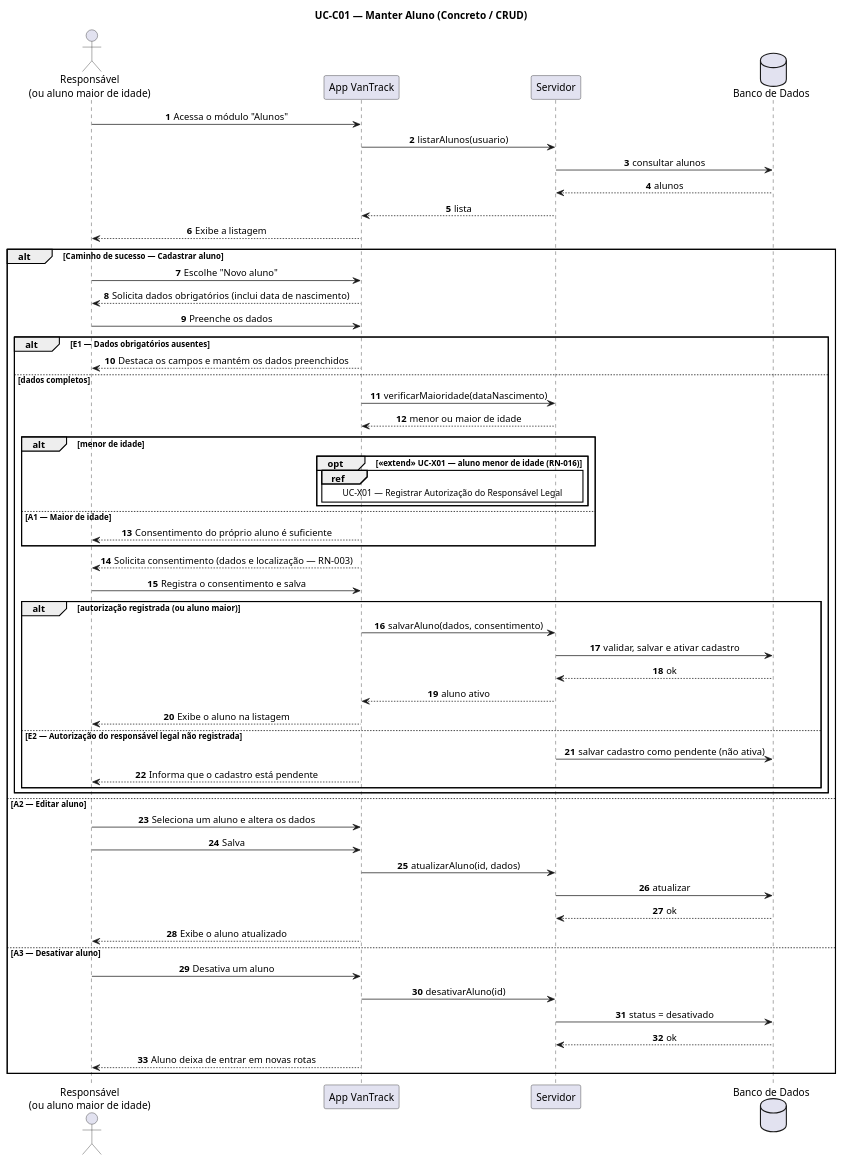
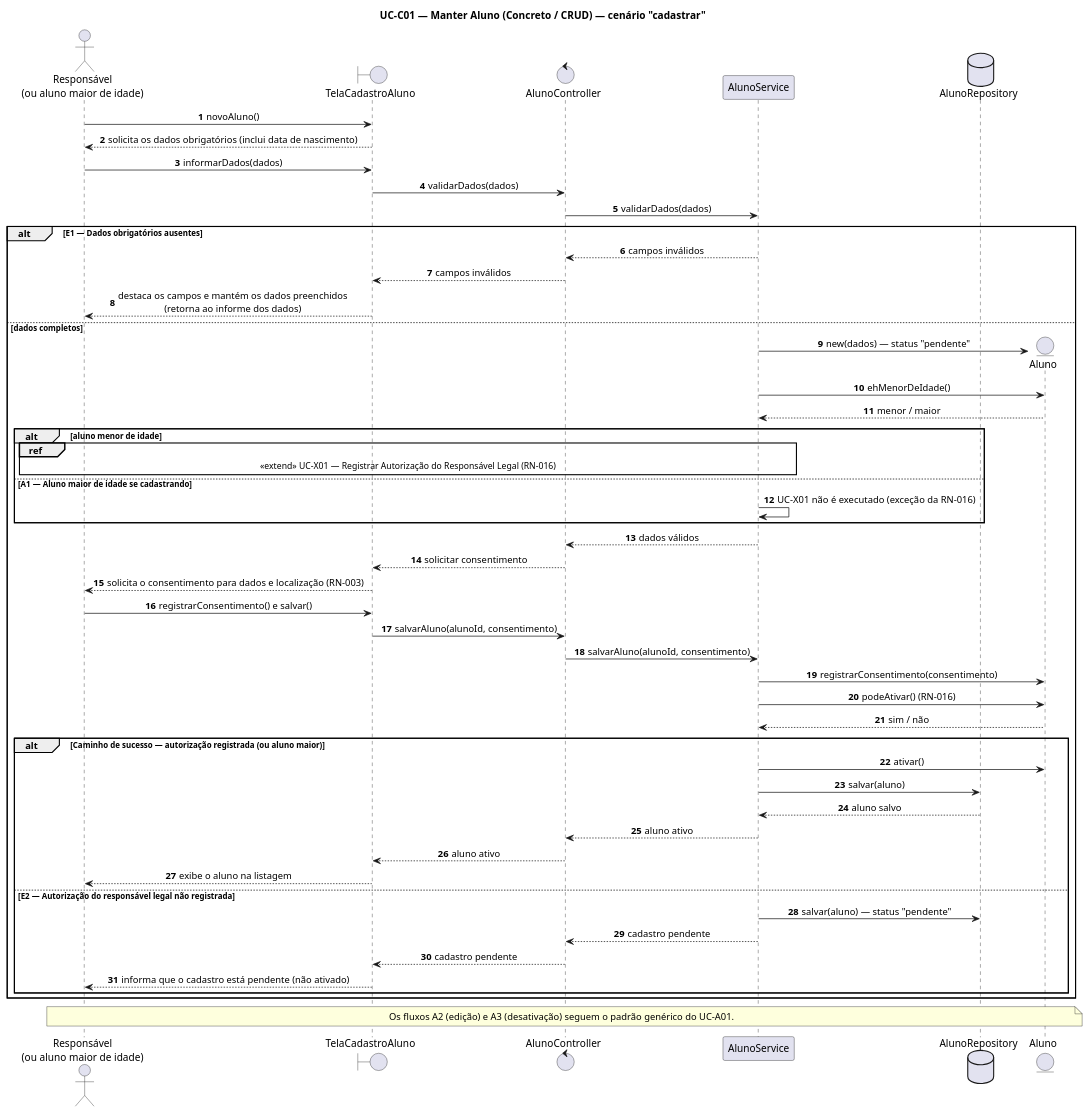
Before and after one commit to luisgustavoribeirodefreitas/VanTrack: the diagram in documentos/atividade-04/scripts/UC-C01.puml, drawn with PlantUML. The commit also changed 63 other files, not shown here.

```diff
--- a/documentos/atividade-04/scripts/UC-C01.puml
+++ b/documentos/atividade-04/scripts/UC-C01.puml
@@ -1,65 +1,61 @@
 @startuml UC-C01
-title UC-C01 — Manter Aluno (Concreto / CRUD)
+title UC-C01 — Manter Aluno (Concreto / CRUD) — cenário "cadastrar"
 skinparam sequenceMessageAlign center
+skinparam responseMessageBelowArrow true
 autonumber
 
 actor "Responsável\n(ou aluno maior de idade)" as U
-participant "App VanTrack" as App
-participant "Servidor" as API
-database "Banco de Dados" as DB
+boundary "TelaCadastroAluno" as T
+control "AlunoController" as C
+participant "AlunoService" as S
+database "AlunoRepository" as ARepo
 
-U -> App : Acessa o módulo "Alunos"
-App -> API : listarAlunos(usuario)
-API -> DB : consultar alunos
-DB --> API : alunos
-API --> App : lista
-App --> U : Exibe a listagem
+U -> T : novoAluno()
+T --> U : solicita os dados obrigatórios (inclui data de nascimento)
+U -> T : informarDados(dados)
+T -> C : validarDados(dados)
+C -> S : validarDados(dados)
 
-alt Caminho de sucesso — Cadastrar aluno
-    U -> App : Escolhe "Novo aluno"
-    App --> U : Solicita dados obrigatórios (inclui data de nascimento)
-    U -> App : Preenche os dados
+alt E1 — Dados obrigatórios ausentes
+    S --> C : campos inválidos
+    C --> T : campos inválidos
+    T --> U : destaca os campos e mantém os dados preenchidos\n(retorna ao informe dos dados)
+else dados completos
+    create entity "Aluno" as A
+    S -> A : new(dados) — status "pendente"
+    S -> A : ehMenorDeIdade()
+    A --> S : menor / maior
 
-    alt E1 — Dados obrigatórios ausentes
-        App --> U : Destaca os campos e mantém os dados preenchidos
-    else dados completos
-        App -> API : verificarMaioridade(dataNascimento)
-        API --> App : menor ou maior de idade
+    alt aluno menor de idade
+        ref over U, S : «extend» UC-X01 — Registrar Autorização do Responsável Legal (RN-016)
+    else A1 — Aluno maior de idade se cadastrando
+        S -> S : UC-X01 não é executado (exceção da RN-016)
+    end
 
-        alt menor de idade
-            opt «extend» UC-X01 — aluno menor de idade (RN-016)
-                ref over App, API : UC-X01 — Registrar Autorização do Responsável Legal
-            end
-        else A1 — Maior de idade
-            App --> U : Consentimento do próprio aluno é suficiente
-        end
+    S --> C : dados válidos
+    C --> T : solicitar consentimento
+    T --> U : solicita o consentimento para dados e localização (RN-003)
+    U -> T : registrarConsentimento() e salvar()
+    T -> C : salvarAluno(alunoId, consentimento)
+    C -> S : salvarAluno(alunoId, consentimento)
+    S -> A : registrarConsentimento(consentimento)
+    S -> A : podeAtivar() (RN-016)
+    A --> S : sim / não
 
-        App --> U : Solicita consentimento (dados e localização — RN-003)
-        U -> App : Registra o consentimento e salva
+    alt Caminho de sucesso — autorização registrada (ou aluno maior)
+        S -> A : ativar()
+        S -> ARepo : salvar(aluno)
+        ARepo --> S : aluno salvo
+        S --> C : aluno ativo
+        C --> T : aluno ativo
+        T --> U : exibe o aluno na listagem
+    else E2 — Autorização do responsável legal não registrada
+        S -> ARepo : salvar(aluno) — status "pendente"
+        S --> C : cadastro pendente
+        C --> T : cadastro pendente
+        T --> U : informa que o cadastro está pendente (não ativado)
+    end
+end
 
-        alt autorização registrada (ou aluno maior)
-            App -> API : salvarAluno(dados, consentimento)
-            API -> DB : validar, salvar e ativar cadastro
-            DB --> API : ok
-            API --> App : aluno ativo
-            App --> U : Exibe o aluno na listagem
-        else E2 — Autorização do responsável legal não registrada
-            API -> DB : salvar cadastro como pendente (não ativa)
-            App --> U : Informa que o cadastro está pendente
-        end
-    end
-else A2 — Editar aluno
-    U -> App : Seleciona um aluno e altera os dados
-    U -> App : Salva
-    App -> API : atualizarAluno(id, dados)
-    API -> DB : atualizar
-    DB --> API : ok
-    App --> U : Exibe o aluno atualizado
-else A3 — Desativar aluno
-    U -> App : Desativa um aluno
-    App -> API : desativarAluno(id)
-    API -> DB : status = desativado
-    DB --> API : ok
-    App --> U : Aluno deixa de entrar em novas rotas
-end
+note across : Os fluxos A2 (edição) e A3 (desativação) seguem o padrão genérico do UC-A01.
 @enduml
```
